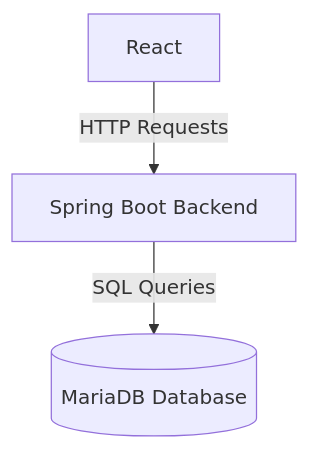
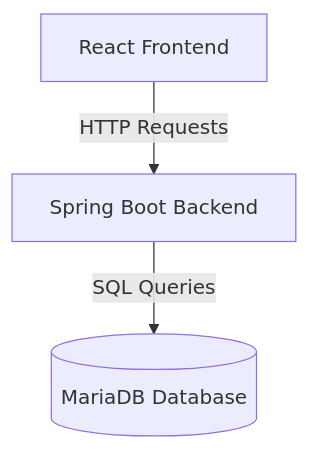
One commit to SamuliLam/BookstoreFront changed the diagram in diagram/test.md. Above: the diagram before and after it, drawn with Mermaid.

````diff
--- a/diagram/test.md
+++ b/diagram/test.md
@@ -1,5 +1,5 @@
 ```mermaid
 graph TD
-    Frontend[React] -->|HTTP Requests| Backend[Spring Boot Backend]
+    Frontend[React Frontend] -->|HTTP Requests| Backend[Spring Boot Backend]
     Backend -->|SQL Queries| Database[(MariaDB Database)]
 ```
````
